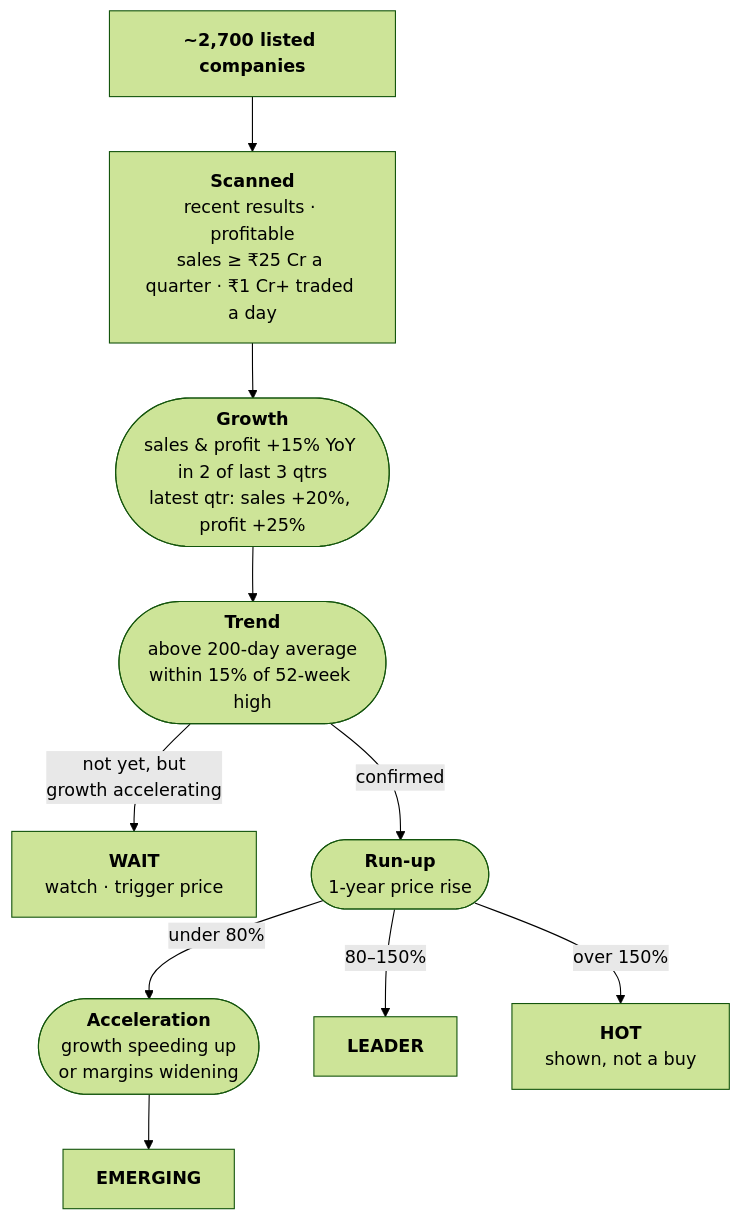
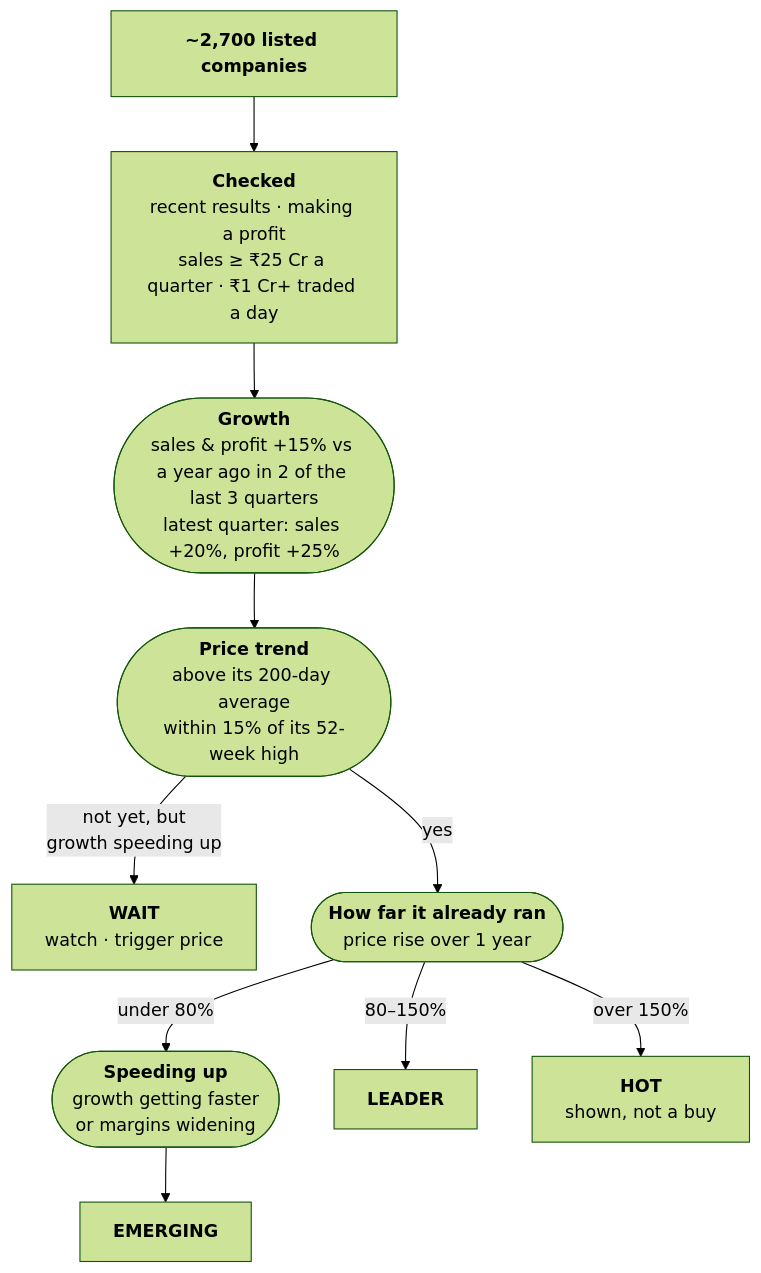
The first of 2 diagrams in README.md (webtools-dotcom/growing-stocks), drawn with Mermaid (forest theme) before and after one commit. The commit also changed other lines of this file and 4 other files, not shown here.

````diff
--- a/README.md
+++ b/README.md
@@ -189,12 +317,12 @@
 ```mermaid
 flowchart TD
-    A["<b>~2,700 listed companies</b>"] --> B["<b>Scanned</b><br/>recent results · profitable<br/>sales ≥ ₹25 Cr a quarter · ₹1 Cr+ traded a day"]
-    B --> C(["<b>Growth</b><br/>sales & profit +15% YoY in 2 of last 3 qtrs<br/>latest qtr: sales +20%, profit +25%"])
-    C --> E(["<b>Trend</b><br/>above 200-day average<br/>within 15% of 52-week high"])
-    E -->|"not yet, but<br/>growth accelerating"| J["<b>WAIT</b><br/>watch · trigger price"]
-    E -->|confirmed| F(["<b>Run-up</b><br/>1-year price rise"])
-    F -->|"under 80%"| D(["<b>Acceleration</b><br/>growth speeding up<br/>or margins widening"])
+    A["<b>~2,700 listed companies</b>"] --> B["<b>Checked</b><br/>recent results · making a profit<br/>sales ≥ ₹25 Cr a quarter · ₹1 Cr+ traded a day"]
+    B --> C(["<b>Growth</b><br/>sales & profit +15% vs a year ago in 2 of the last 3 quarters<br/>latest quarter: sales +20%, profit +25%"])
+    C --> E(["<b>Price trend</b><br/>above its 200-day average<br/>within 15% of its 52-week high"])
+    E -->|"not yet, but<br/>growth speeding up"| J["<b>WAIT</b><br/>watch · trigger price"]
+    E -->|yes| F(["<b>How far it already ran</b><br/>price rise over 1 year"])
+    F -->|"under 80%"| D(["<b>Speeding up</b><br/>growth getting faster<br/>or margins widening"])
     F -->|"80–150%"| H["<b>LEADER</b>"]
     F -->|"over 150%"| I["<b>HOT</b><br/>shown, not a buy"]
     D --> G["<b>EMERGING</b>"]
 ```
````
